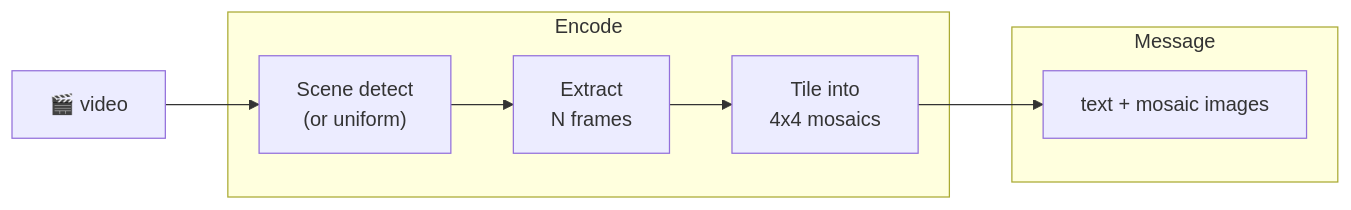
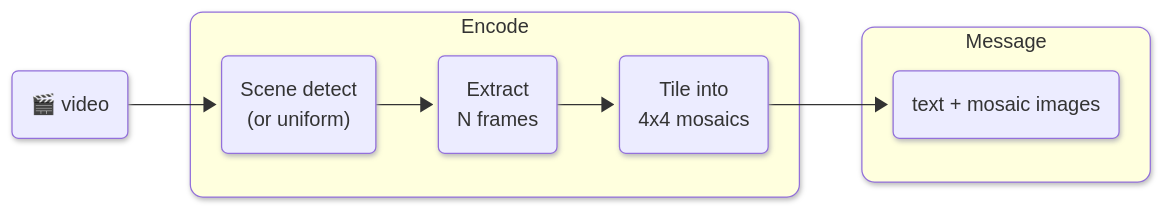
One commit to vlm-run/mm changed the third of 17 diagrams in docs/ENCODERS.md. Above: the diagram before and after it, drawn with Mermaid. The commit also changed other lines of this file and 1 other file, not shown here.

````diff
--- a/docs/ENCODERS.md
+++ b/docs/ENCODERS.md
@@ -86,16 +92,19 @@
 ```mermaid
+%%{init: {'look': 'neo'} }%%
 graph LR
-  video["🎬 video"]
+  video("🎬 video")
 
   subgraph encode ["Encode"]
-    detect["Scene detect\n(or uniform)"]
-    frames["Extract\nN frames"]
-    tile["Tile into\n4x4 mosaics"]
+    detect("Scene detect\n(or uniform)")
+    frames("Extract\nN frames")
+    tile("Tile into\n4x4 mosaics")
   end
 
   subgraph message ["Message"]
-    msg["text + mosaic images"]
+    msg("text + mosaic images")
   end
 
   video --> detect --> frames --> tile --> msg
+  style encode rx:10px,ry:10px
+  style message rx:10px,ry:10px
 ```
````
